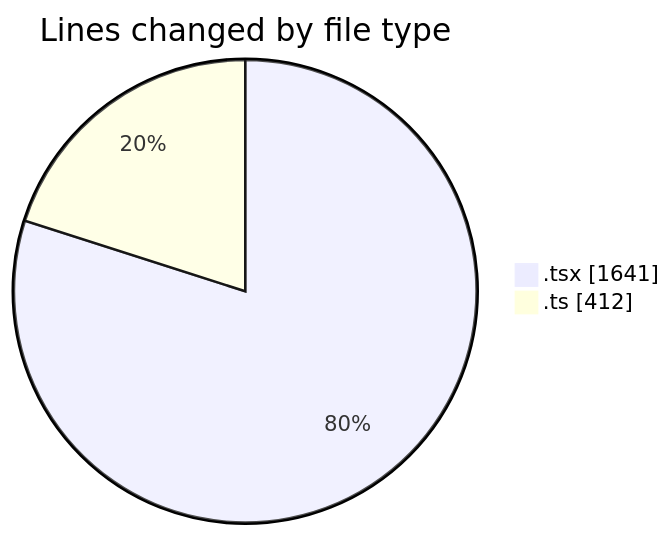
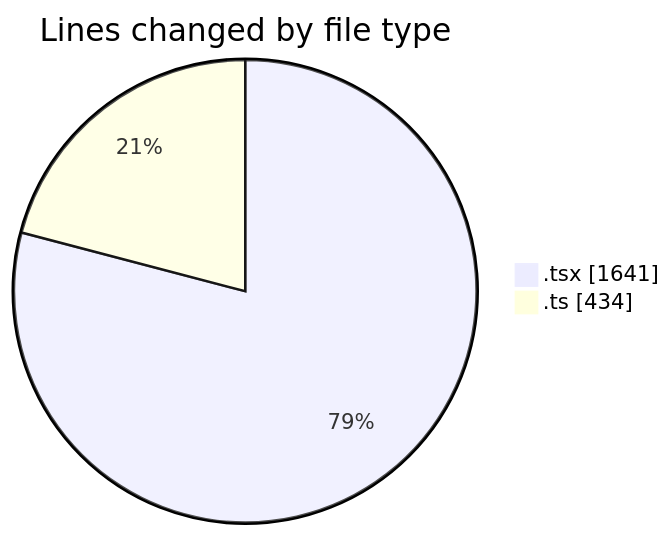
The first of 2 diagrams in 2025-09-24/cda/README.md (momahboobian/code-tracking), drawn with Mermaid before and after one commit. The commit also changed other lines of this file and 1 other file, not shown here.

````diff
--- a/2025-09-24/cda/README.md
+++ b/2025-09-24/cda/README.md
@@ -28,6 +28,6 @@
 ```mermaid
 pie showData
 title Lines changed by file type
 ".tsx" : 1641
-".ts" : 412
+".ts" : 434
 ```
````
